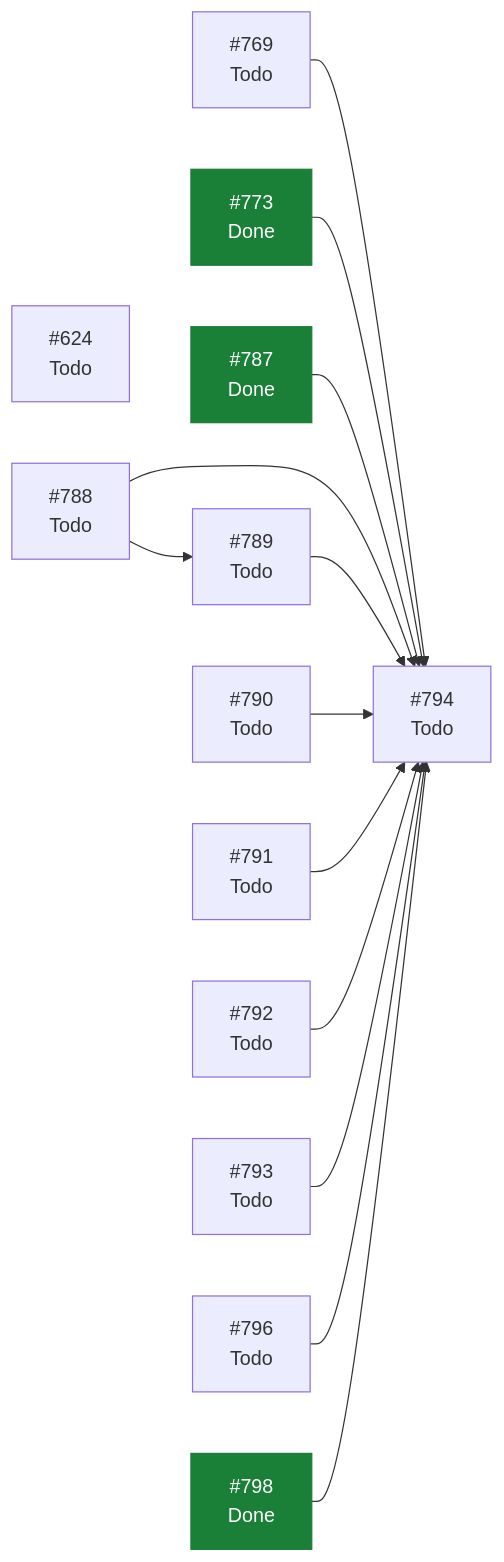
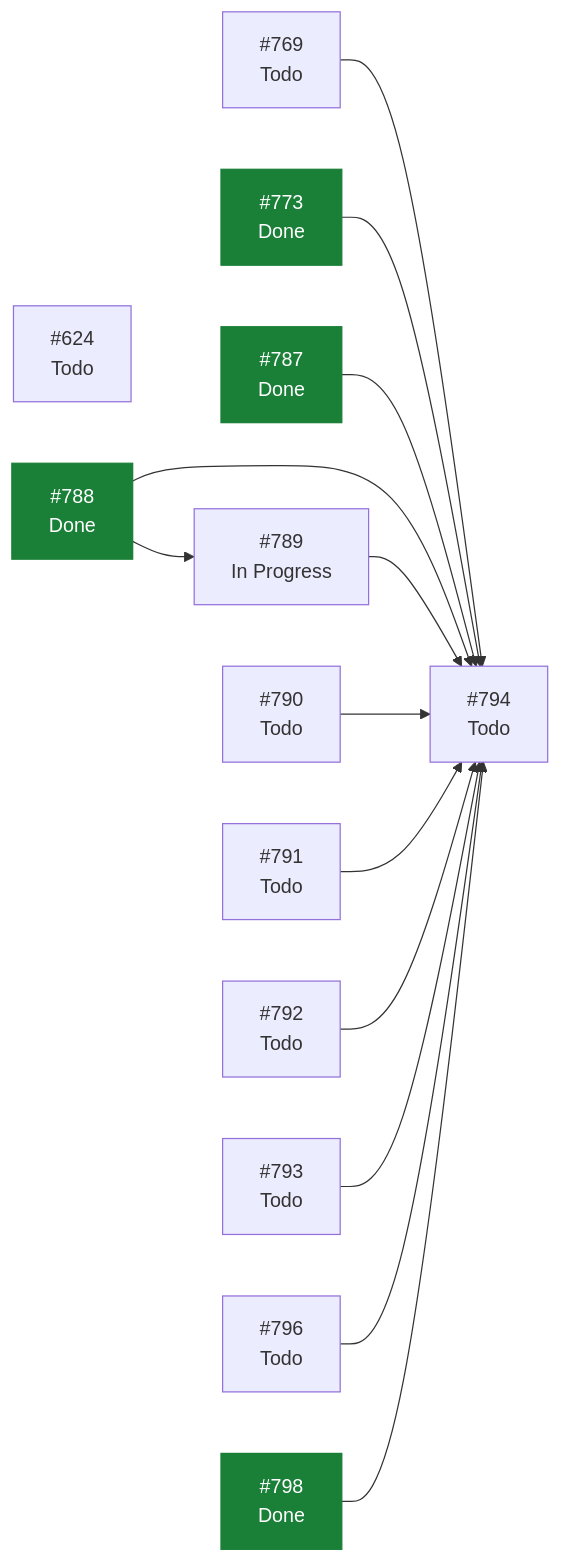
The diagram in docs/planning/STATUS.md (ecamp0s/evault), drawn with Mermaid before and after one commit. The commit also changed other lines of this file, not shown here.

````diff
--- a/docs/planning/STATUS.md
+++ b/docs/planning/STATUS.md
@@ -96,30 +96,30 @@
 ```mermaid
 graph LR
   I624["#624<br/>Todo"]
   I769["#769<br/>Todo"]
   I773["#773<br/>Done"]
   I787["#787<br/>Done"]
-  I788["#788<br/>Todo"]
-  I789["#789<br/>Todo"]
+  I788["#788<br/>Done"]
+  I789["#789<br/>In Progress"]
   I790["#790<br/>Todo"]
   I791["#791<br/>Todo"]
   I792["#792<br/>Todo"]
   I793["#793<br/>Todo"]
   I794["#794<br/>Todo"]
   I796["#796<br/>Todo"]
   I798["#798<br/>Done"]
   I769 --> I794
   I773 --> I794
   I787 --> I794
   I788 --> I789
   I788 --> I794
   I789 --> I794
   I790 --> I794
   I791 --> I794
   I792 --> I794
   I793 --> I794
   I796 --> I794
   I798 --> I794
   classDef hecho fill:#1a7f37,stroke:#1a7f37,color:#fff;
-  class I773,I787,I798 hecho;
+  class I773,I787,I788,I798 hecho;
 ```
````
